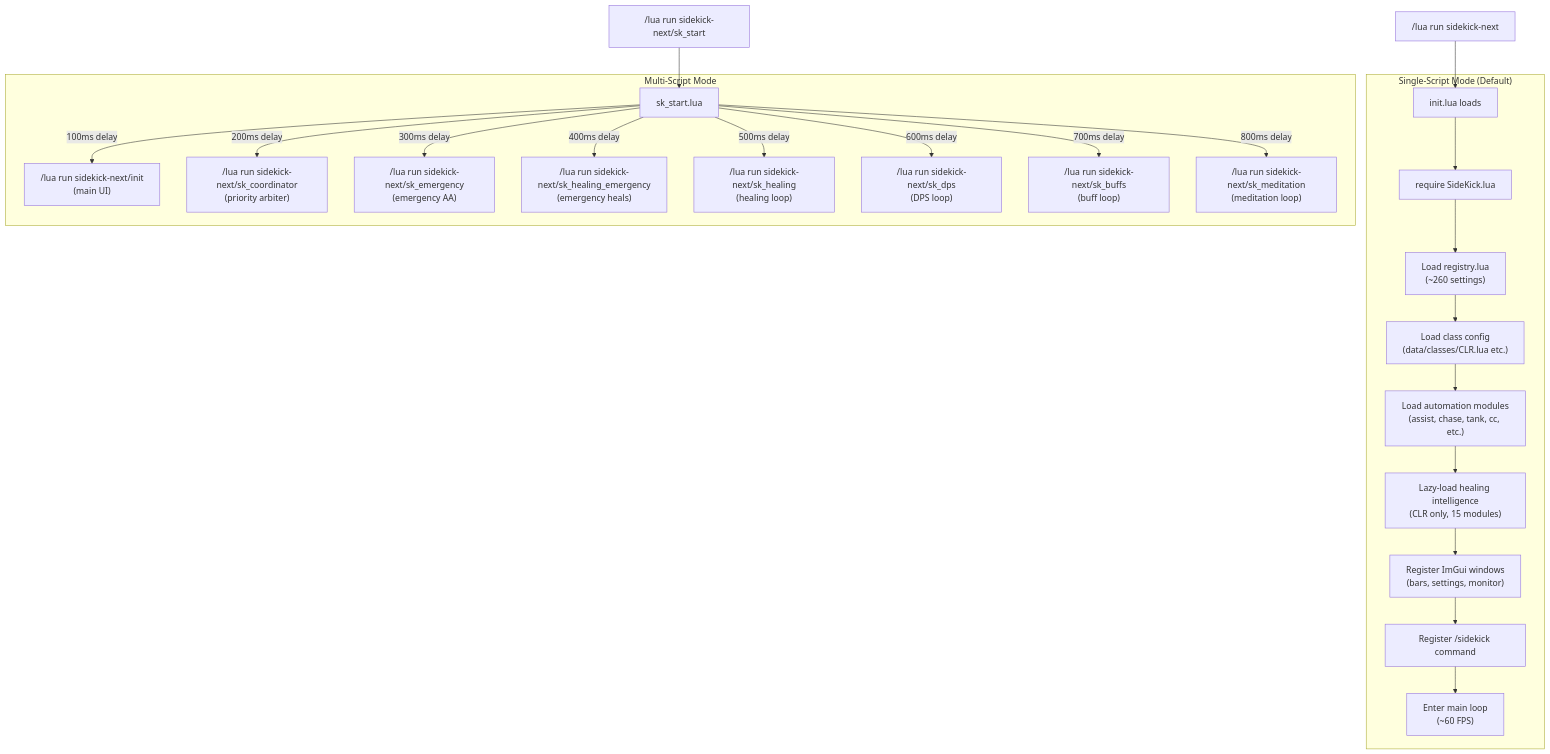
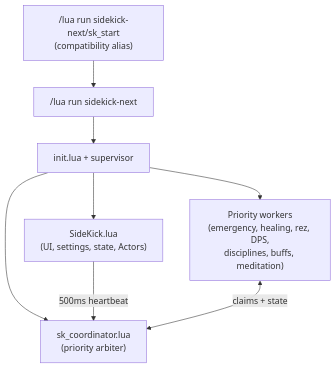
One commit to daly101010/sidekick-next changed the second of 9 diagrams in docs/USER_GUIDE.md. Above: the diagram before and after it, drawn with Mermaid. The commit also changed other lines of this file and 84 other files, not shown here.

Commit message:
feat: coordinate SideKick modules and settings

````diff
--- a/docs/USER_GUIDE.md
+++ b/docs/USER_GUIDE.md
@@ -500,41 +606,17 @@
 ```mermaid
 flowchart TD
     USER["/lua run sidekick-next"]
-    USER2["/lua run sidekick-next/sk_start"]
+    USER2["/lua run sidekick-next/sk_start<br/>(compatibility alias)"]
+    INIT["init.lua + supervisor"]
+    COORD["sk_coordinator.lua<br/>(priority arbiter)"]
+    UI["SideKick.lua<br/>(UI, settings, state, Actors)"]
+    WORKERS["Priority workers<br/>(emergency, healing, rez, DPS,<br/>disciplines, buffs, meditation)"]
 
-    subgraph "Single-Script Mode (Default)"
-        A1["init.lua loads"]
-        A2["require SideKick.lua"]
-        A3["Load registry.lua<br/>(~260 settings)"]
-        A4["Load class config<br/>(data/classes/CLR.lua etc.)"]
-        A5["Load automation modules<br/>(assist, chase, tank, cc, etc.)"]
-        A6["Lazy-load healing intelligence<br/>(CLR only, 15 modules)"]
-        A7["Register ImGui windows<br/>(bars, settings, monitor)"]
-        A8["Register /sidekick command"]
-        A9["Enter main loop<br/>(~60 FPS)"]
-    end
-
-    subgraph "Multi-Script Mode"
-        B1["sk_start.lua"]
-        B2["/lua run sidekick-next/init<br/>(main UI)"]
-        B3["/lua run sidekick-next/sk_coordinator<br/>(priority arbiter)"]
-        B4["/lua run sidekick-next/sk_emergency<br/>(emergency AA)"]
-        B5["/lua run sidekick-next/sk_healing_emergency<br/>(emergency heals)"]
-        B6["/lua run sidekick-next/sk_healing<br/>(healing loop)"]
-        B7["/lua run sidekick-next/sk_dps<br/>(DPS loop)"]
-        B8["/lua run sidekick-next/sk_buffs<br/>(buff loop)"]
-        B9["/lua run sidekick-next/sk_meditation<br/>(meditation loop)"]
-    end
-
-    USER --> A1 --> A2 --> A3 --> A4 --> A5 --> A6 --> A7 --> A8 --> A9
-
-    USER2 --> B1
-    B1 -->|"100ms delay"| B2
-    B1 -->|"200ms delay"| B3
-    B1 -->|"300ms delay"| B4
-    B1 -->|"400ms delay"| B5
-    B1 -->|"500ms delay"| B6
-    B1 -->|"600ms delay"| B7
-    B1 -->|"700ms delay"| B8
-    B1 -->|"800ms delay"| B9
+    USER --> INIT
+    USER2 --> USER
+    INIT --> COORD
+    INIT --> WORKERS
+    INIT --> UI
+    UI -->|"500ms heartbeat"| COORD
+    WORKERS <-->|"claims + state"| COORD
 ```
````
